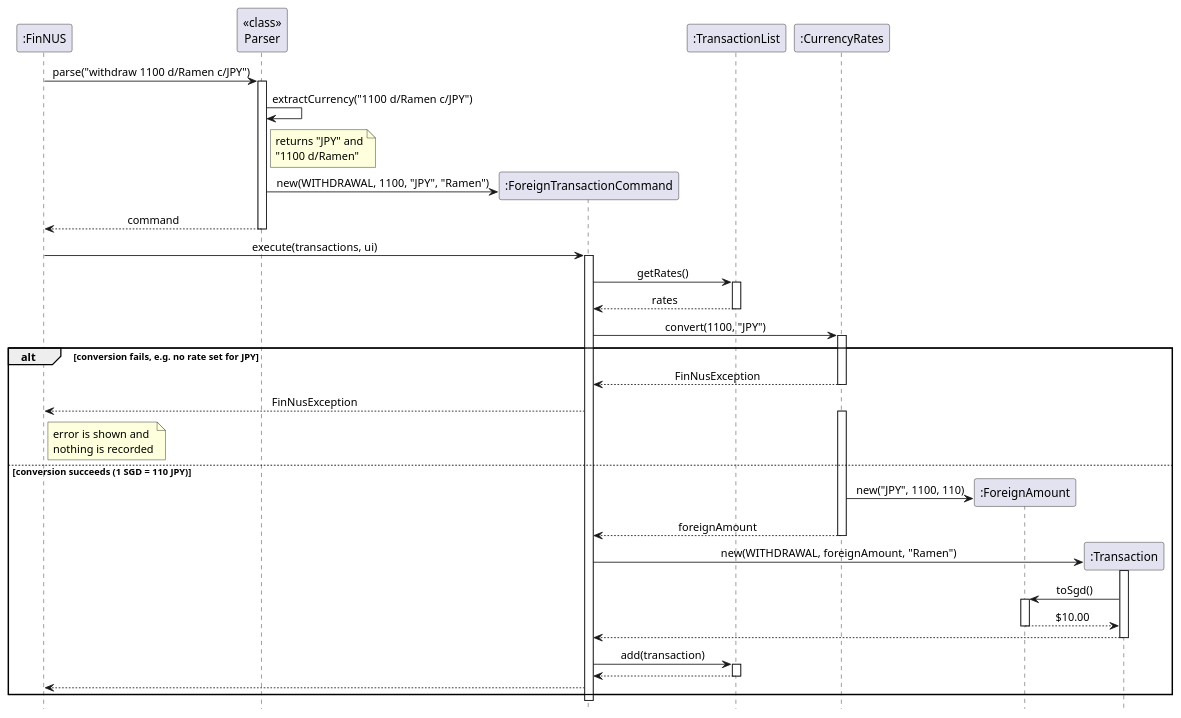
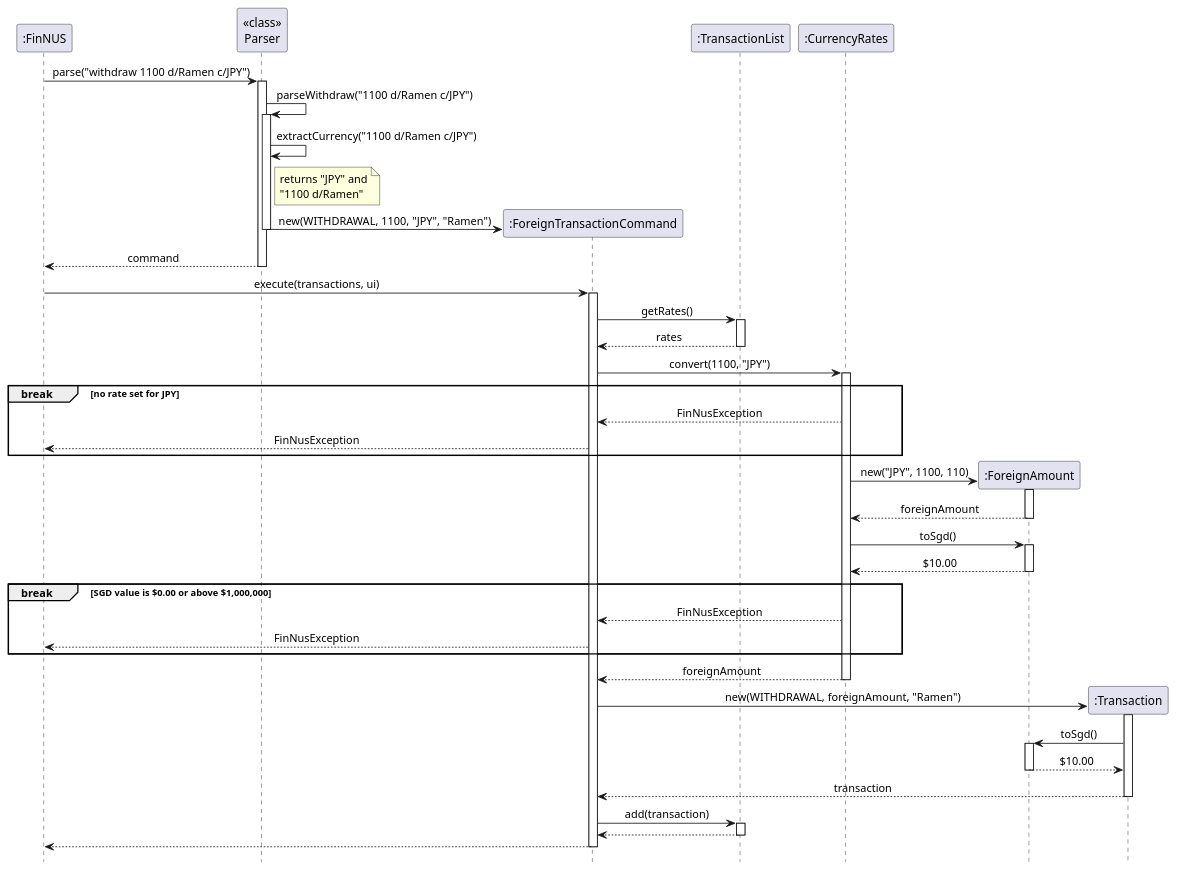
Before and after one commit to AY2627S1-CS2113-W13-2/tp: the diagram in docs/diagrams/ForeignTransactionSequenceDiagram.puml, drawn with PlantUML. The commit also changed 2 other files, not shown here.

Commit message:
Show where each conversion error happens in the diagram
Address review: toSgd() is called in convert(), and each failure is now a break at its own point.

```diff
--- a/docs/diagrams/ForeignTransactionSequenceDiagram.puml
+++ b/docs/diagrams/ForeignTransactionSequenceDiagram.puml
@@ -1,64 +1,78 @@
 @startuml
 ' Sequence diagram for "withdraw 1100 d/Ramen c/JPY".
-' Logging, console input/output and argument validation are left out to focus on the objects involved.
+' Logging, console output, input validation and saving are left out to focus on the objects involved.
 hide footbox
 skinparam shadowing false
 skinparam sequenceMessageAlign center
 
 participant ":FinNUS" as FinNUS
 participant "<<class>>\nParser" as Parser
 participant ":ForeignTransactionCommand" as Command
 participant ":TransactionList" as TransactionList
 participant ":CurrencyRates" as CurrencyRates
 participant ":ForeignAmount" as ForeignAmount
 participant ":Transaction" as Transaction
 
 FinNUS -> Parser : parse("withdraw 1100 d/Ramen c/JPY")
 activate Parser
+Parser -> Parser : parseWithdraw("1100 d/Ramen c/JPY")
+activate Parser
 Parser -> Parser : extractCurrency("1100 d/Ramen c/JPY")
 note right of Parser : returns "JPY" and\n"1100 d/Ramen"
 create Command
 Parser -> Command : new(WITHDRAWAL, 1100, "JPY", "Ramen")
+deactivate Parser
 Parser --> FinNUS : command
 deactivate Parser
 
 FinNUS -> Command : execute(transactions, ui)
 activate Command
 Command -> TransactionList : getRates()
 activate TransactionList
 TransactionList --> Command : rates
 deactivate TransactionList
 
 Command -> CurrencyRates : convert(1100, "JPY")
 activate CurrencyRates
 
-alt conversion fails, e.g. no rate set for JPY
+break no rate set for JPY
     CurrencyRates --> Command : FinNusException
-    deactivate CurrencyRates
     Command --> FinNUS : FinNusException
-    note right of FinNUS : error is shown and\nnothing is recorded
-else conversion succeeds (1 SGD = 110 JPY)
-    activate CurrencyRates
-    create ForeignAmount
-    CurrencyRates -> ForeignAmount : new("JPY", 1100, 110)
-    CurrencyRates --> Command : foreignAmount
-    deactivate CurrencyRates
+end
 
-    create Transaction
-    Command -> Transaction : new(WITHDRAWAL, foreignAmount, "Ramen")
-    activate Transaction
-    Transaction -> ForeignAmount : toSgd()
-    activate ForeignAmount
-    ForeignAmount --> Transaction : $10.00
-    deactivate ForeignAmount
-    Transaction --> Command
-    deactivate Transaction
+create ForeignAmount
+CurrencyRates -> ForeignAmount : new("JPY", 1100, 110)
+activate ForeignAmount
+ForeignAmount --> CurrencyRates : foreignAmount
+deactivate ForeignAmount
+CurrencyRates -> ForeignAmount : toSgd()
+activate ForeignAmount
+ForeignAmount --> CurrencyRates : $10.00
+deactivate ForeignAmount
 
-    Command -> TransactionList : add(transaction)
-    activate TransactionList
-    TransactionList --> Command
-    deactivate TransactionList
-    Command --> FinNUS
+break SGD value is $0.00 or above $1,000,000
+    CurrencyRates --> Command : FinNusException
+    Command --> FinNUS : FinNusException
 end
+
+CurrencyRates --> Command : foreignAmount
+deactivate CurrencyRates
+
+create Transaction
+Command -> Transaction : new(WITHDRAWAL, foreignAmount, "Ramen")
+activate Transaction
+Transaction -> ForeignAmount : toSgd()
+activate ForeignAmount
+ForeignAmount --> Transaction : $10.00
+deactivate ForeignAmount
+Transaction --> Command : transaction
+deactivate Transaction
+
+Command -> TransactionList : add(transaction)
+activate TransactionList
+TransactionList --> Command
+deactivate TransactionList
+
+Command --> FinNUS
 deactivate Command
 @enduml
```
